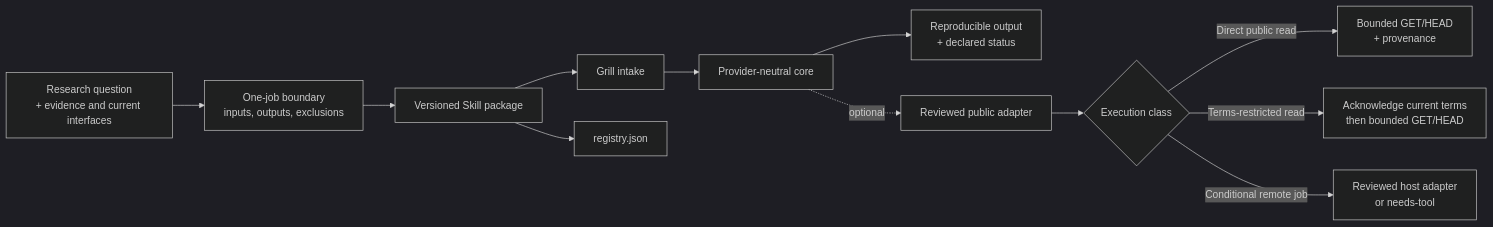
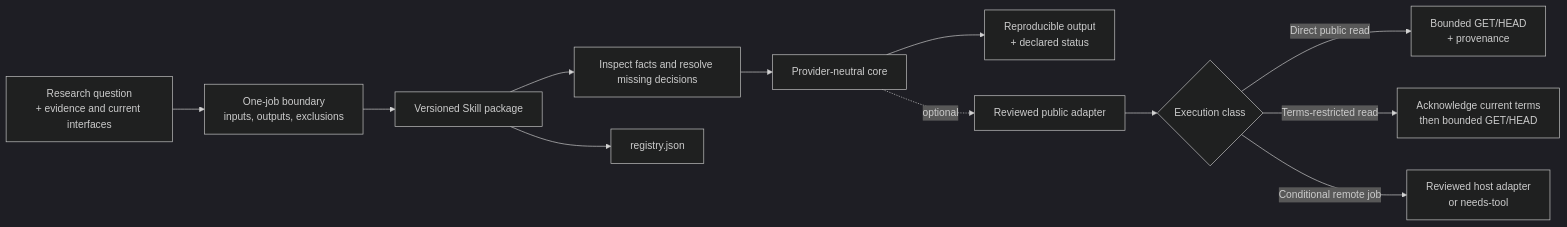
The first of 2 diagrams in docs/architecture.md (SteveTangent/goose-bio-skills), drawn with Mermaid (dark theme) before and after one commit. The commit also changed other lines of this file and 372 other files, not shown here.

````diff
--- a/docs/architecture.md
+++ b/docs/architecture.md
@@ -7,14 +7,14 @@
 ```mermaid
 flowchart LR
     R["Research question<br/>+ evidence and current interfaces"] --> B["One-job boundary<br/>inputs, outputs, exclusions"]
     B --> P["Versioned Skill package"]
-    P --> G["Grill intake"]
+    P --> G["Inspect facts and resolve missing decisions"]
     G --> C["Provider-neutral core"]
     C --> O["Reproducible output<br/>+ declared status"]
     P --> X["registry.json"]
     C -. "optional" .-> A["Reviewed public adapter"]
     A --> D{"Execution class"}
     D -- "Direct public read" --> L["Bounded GET/HEAD<br/>+ provenance"]
     D -- "Terms-restricted read" --> T["Acknowledge current terms<br/>then bounded GET/HEAD"]
     D -- "Conditional remote job" --> H["Reviewed host adapter<br/>or needs-tool"]
 ```
````
